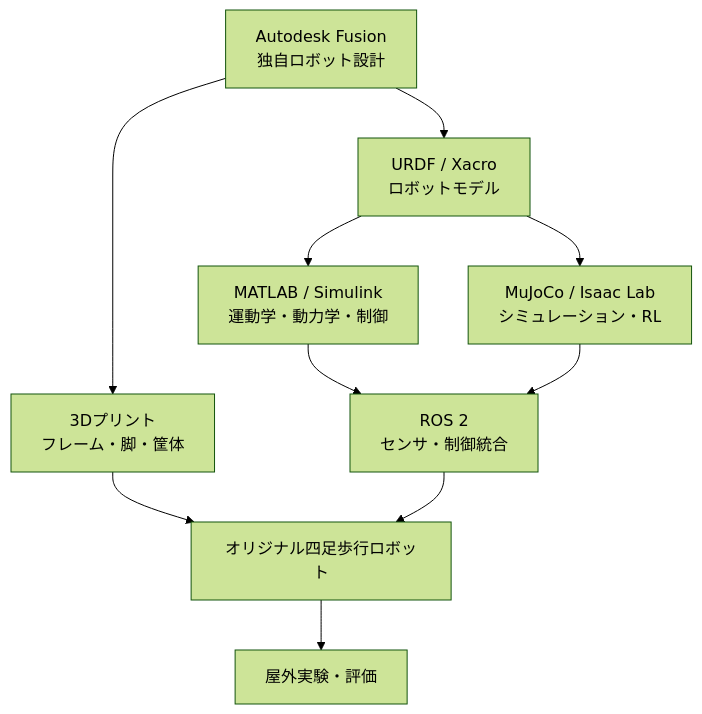
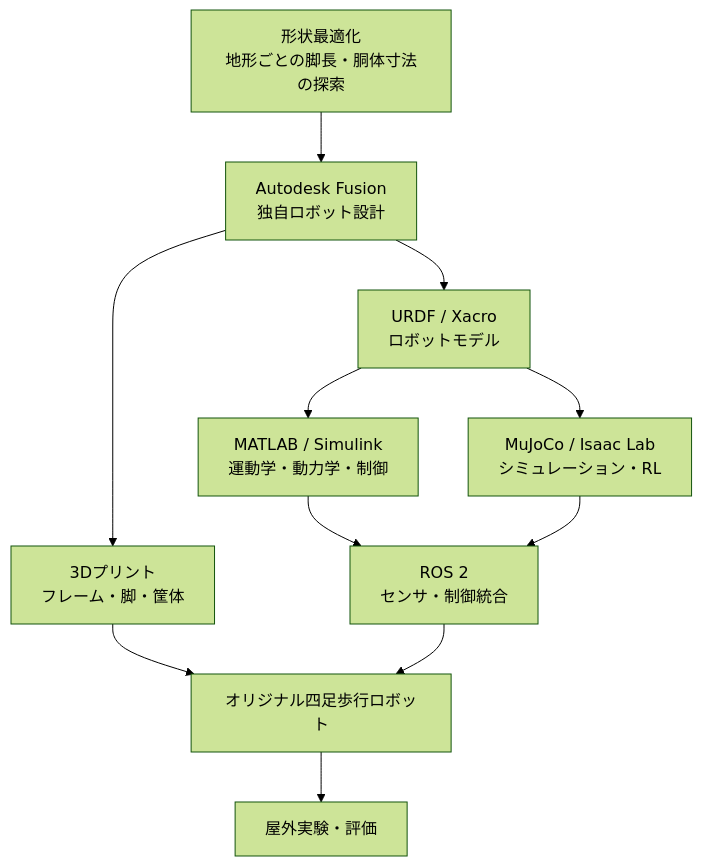
One commit to mutomasa/kawasemi-rover changed the first of 2 diagrams in design.md. Above: the diagram before and after it, drawn with Mermaid (forest theme). The commit also changed other lines of this file and 17 other files, not shown here.

````diff
--- a/design.md
+++ b/design.md
@@ -203,21 +203,23 @@
 ```mermaid
 flowchart TD
+    O["形状最適化<br/>地形ごとの脚長・胴体寸法の探索"]
     A["Autodesk Fusion<br/>独自ロボット設計"]
     B["3Dプリント<br/>フレーム・脚・筐体"]
     C["URDF / Xacro<br/>ロボットモデル"]
     D["MATLAB / Simulink<br/>運動学・動力学・制御"]
     E["MuJoCo / Isaac Lab<br/>シミュレーション・RL"]
     F["ROS 2<br/>センサ・制御統合"]
     G["オリジナル四足歩行ロボット"]
     H["屋外実験・評価"]
 
+    O --> A
     A --> B
     A --> C
     C --> D
     C --> E
     D --> F
     E --> F
     B --> G
     F --> G
     G --> H
 ```
````
